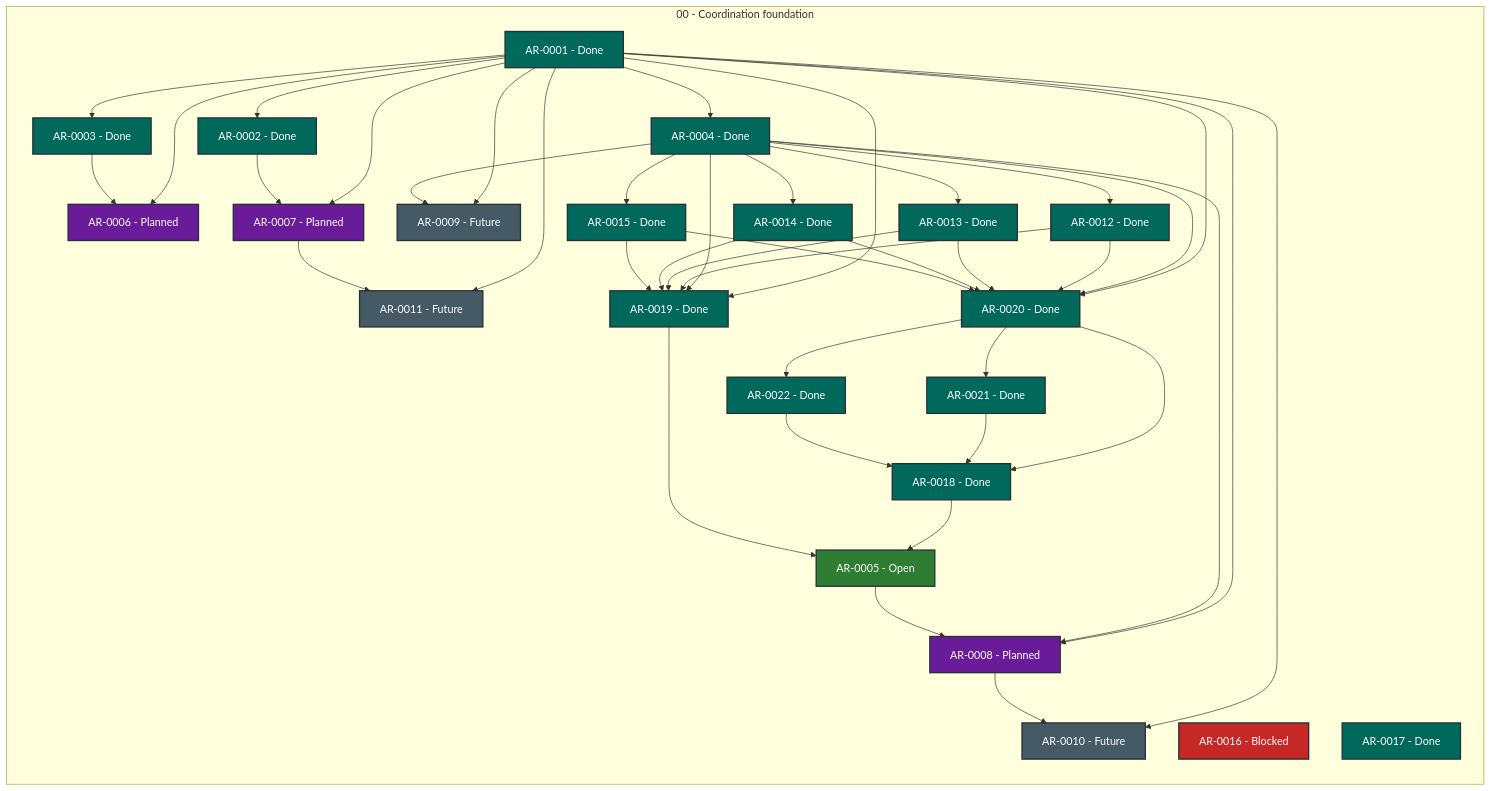
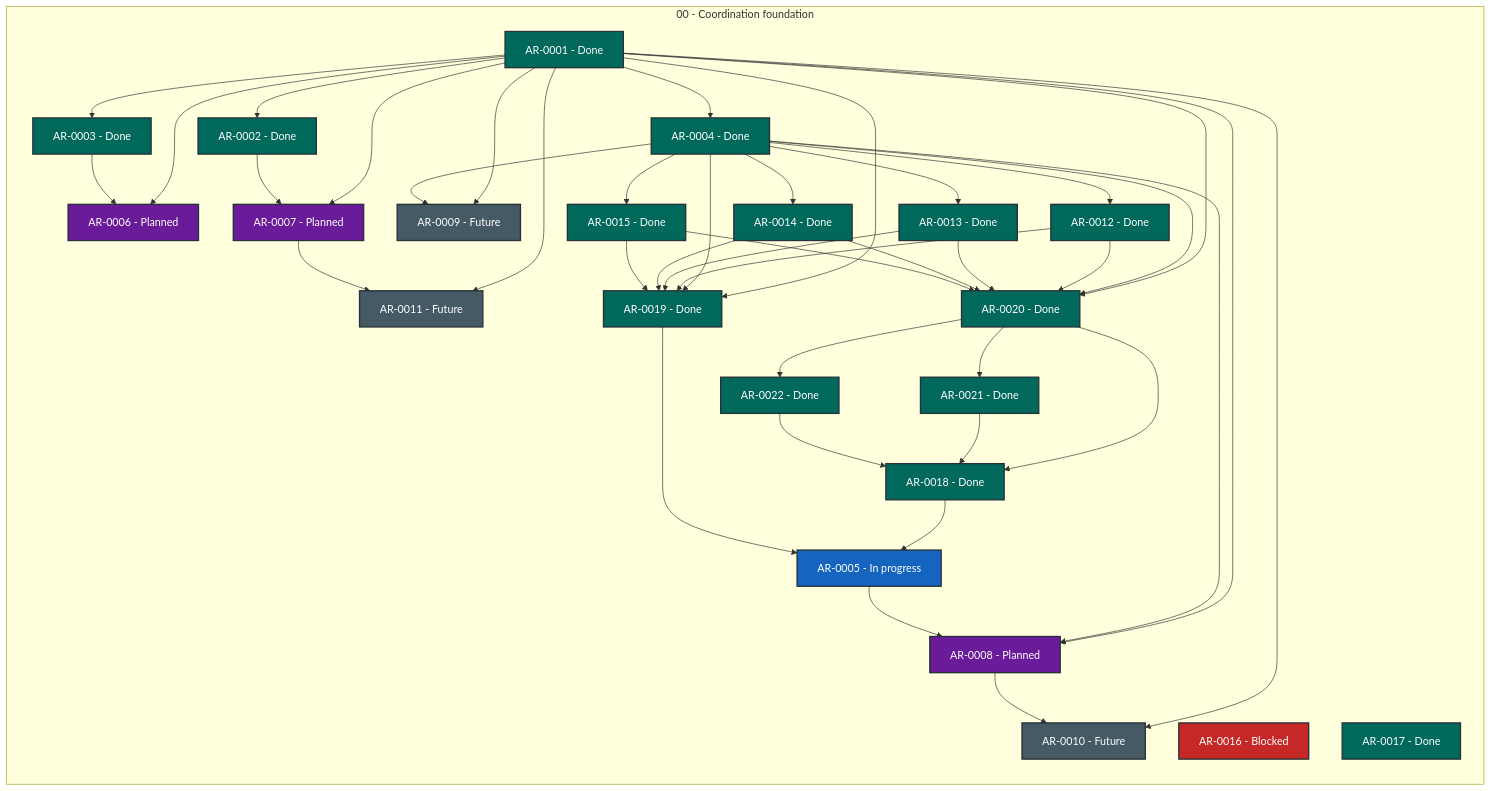
The diagram in STATUS.md (martin-beck/agent-workflow-quality-state), drawn with Mermaid before and after one commit. The commit also changed other lines of this file and 2 other files, not shown here.

````diff
--- a/STATUS.md
+++ b/STATUS.md
@@ -27,75 +27,75 @@
 ```mermaid
 flowchart LR
     subgraph series_00["00 - Coordination foundation"]
         direction TB
         AR_0001["AR-0001 - Done"]:::status_done
         AR_0002["AR-0002 - Done"]:::status_done
         AR_0003["AR-0003 - Done"]:::status_done
         AR_0004["AR-0004 - Done"]:::status_done
-        AR_0005["AR-0005 - Open"]:::status_open
+        AR_0005["AR-0005 - In progress"]:::status_in_progress
         AR_0006["AR-0006 - Planned"]:::status_planned
         AR_0007["AR-0007 - Planned"]:::status_planned
         AR_0008["AR-0008 - Planned"]:::status_planned
         AR_0009["AR-0009 - Future"]:::status_future
         AR_0010["AR-0010 - Future"]:::status_future
         AR_0011["AR-0011 - Future"]:::status_future
         AR_0012["AR-0012 - Done"]:::status_done
         AR_0013["AR-0013 - Done"]:::status_done
         AR_0014["AR-0014 - Done"]:::status_done
         AR_0015["AR-0015 - Done"]:::status_done
         AR_0016["AR-0016 - Blocked"]:::status_blocked
         AR_0017["AR-0017 - Done"]:::status_done
         AR_0018["AR-0018 - Done"]:::status_done
         AR_0019["AR-0019 - Done"]:::status_done
         AR_0020["AR-0020 - Done"]:::status_done
         AR_0021["AR-0021 - Done"]:::status_done
         AR_0022["AR-0022 - Done"]:::status_done
     end
     AR_0001 --> AR_0002
     AR_0001 --> AR_0003
     AR_0001 --> AR_0004
     AR_0001 --> AR_0006
     AR_0001 --> AR_0007
     AR_0001 --> AR_0008
     AR_0001 --> AR_0009
     AR_0001 --> AR_0010
     AR_0001 --> AR_0011
     AR_0001 --> AR_0019
     AR_0001 --> AR_0020
     AR_0002 --> AR_0007
     AR_0003 --> AR_0006
     AR_0004 --> AR_0008
     AR_0004 --> AR_0009
     AR_0004 --> AR_0012
     AR_0004 --> AR_0013
     AR_0004 --> AR_0014
     AR_0004 --> AR_0015
     AR_0004 --> AR_0019
     AR_0004 --> AR_0020
     AR_0005 --> AR_0008
     AR_0007 --> AR_0011
     AR_0008 --> AR_0010
     AR_0012 --> AR_0019
     AR_0012 --> AR_0020
     AR_0013 --> AR_0019
     AR_0013 --> AR_0020
     AR_0014 --> AR_0019
     AR_0014 --> AR_0020
     AR_0015 --> AR_0019
     AR_0015 --> AR_0020
     AR_0018 --> AR_0005
     AR_0019 --> AR_0005
     AR_0020 --> AR_0018
     AR_0020 --> AR_0021
     AR_0020 --> AR_0022
     AR_0021 --> AR_0018
     AR_0022 --> AR_0018
     classDef status_in_progress fill:#1565c0,color:#ffffff,stroke:#263238,stroke-width:2px
     classDef status_open fill:#2e7d32,color:#ffffff,stroke:#263238,stroke-width:2px
     classDef status_blocked fill:#c62828,color:#ffffff,stroke:#263238,stroke-width:2px
     classDef status_planned fill:#6a1b9a,color:#ffffff,stroke:#263238,stroke-width:2px
     classDef status_future fill:#455a64,color:#ffffff,stroke:#263238,stroke-width:2px
     classDef status_done fill:#00695c,color:#ffffff,stroke:#263238,stroke-width:2px
     classDef status_cancelled fill:#616161,color:#ffffff,stroke:#263238,stroke-width:2px
     classDef status_superseded fill:#5d4037,color:#ffffff,stroke:#263238,stroke-width:2px
 ```
````
